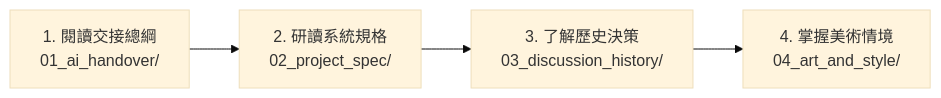
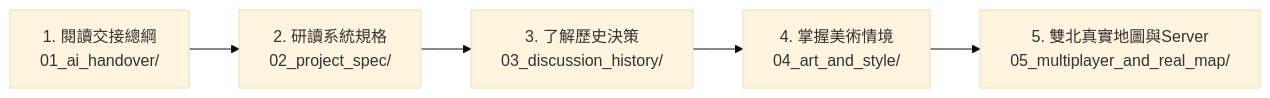
Before and after one commit to hsiaoyujui114-code/city-pulse-detective: the diagram in docs/README.md, drawn with Mermaid (base theme). The commit also changed other lines of this file and 2 other files, not shown here.

Commit message:
Sync 05_multiplayer_and_real_map/SERVER_AND_GIS_GUIDE.md

````diff
--- a/docs/README.md
+++ b/docs/README.md
@@ -11,6 +11,7 @@
 ```mermaid
 flowchart LR
     Step1["1. 閱讀交接總綱<br>01_ai_handover/"] --> Step2["2. 研讀系統規格<br>02_project_spec/"]
     Step2 --> Step3["3. 了解歷史決策<br>03_discussion_history/"]
     Step3 --> Step4["4. 掌握美術情境<br>04_art_and_style/"]
+    Step4 --> Step5["5. 雙北真實地圖與Server<br>05_multiplayer_and_real_map/"]
 ```
````
